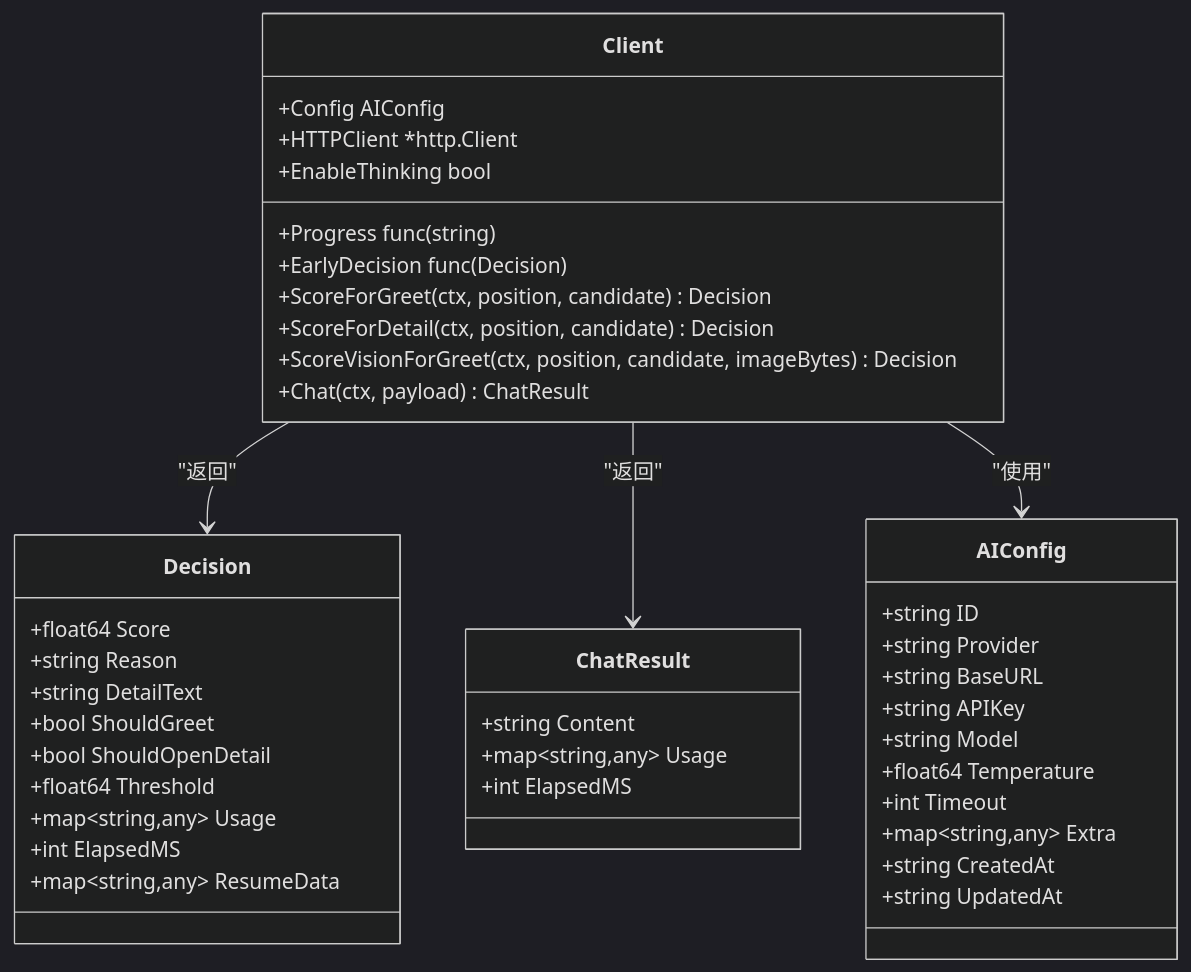
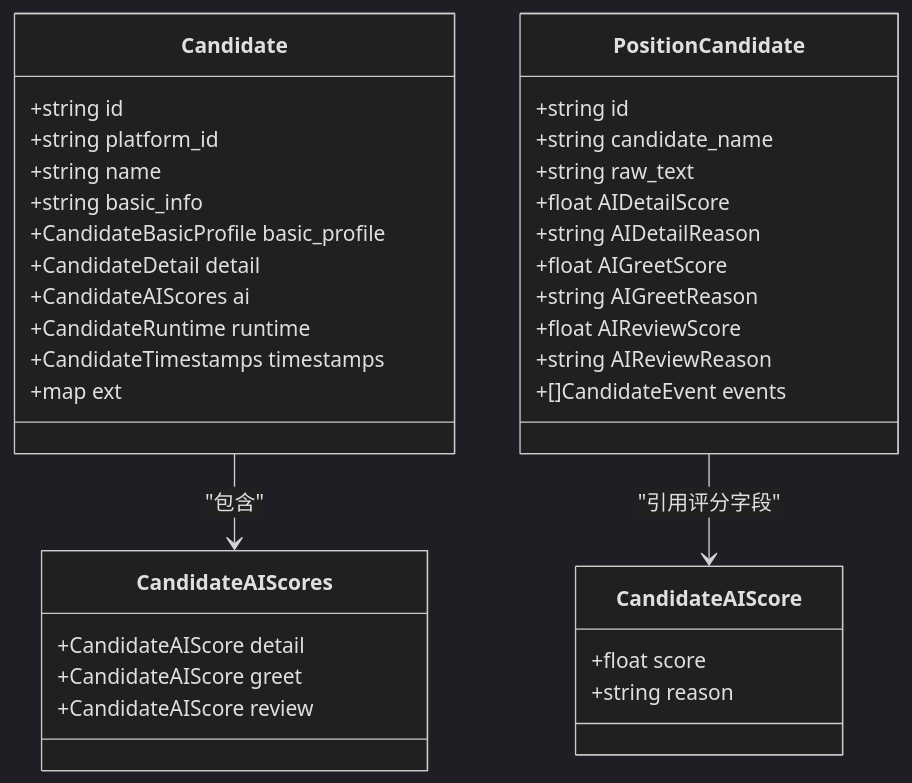
Before and after one commit to alvinwangzi/goodhr: the fourth of 7 diagrams in .qoder/repowiki/zh/content/云端后端服务/候选人处理系统/AI匹配评分/评分结果处理.md, drawn with Mermaid (dark theme). The commit also changed other lines of this file and 149 other files, not shown here.

````diff
--- a/.qoder/repowiki/zh/content/云端后端服务/候选人处理系统/AI匹配评分/评分结果处理.md
+++ b/.qoder/repowiki/zh/content/云端后端服务/候选人处理系统/AI匹配评分/评分结果处理.md
@@ -133,45 +185,38 @@
 ```mermaid
 classDiagram
-class Client {
-+Config AIConfig
-+HTTPClient *http.Client
-+Progress func(string)
-+EarlyDecision func(Decision)
-+EnableThinking bool
-+ScoreForGreet(ctx, position, candidate) Decision
-+ScoreForDetail(ctx, position, candidate) Decision
-+ScoreVisionForGreet(ctx, position, candidate, imageBytes) Decision
-+Chat(ctx, payload) ChatResult
+class Candidate {
++string id
++string platform_id
++string name
++string basic_info
++CandidateBasicProfile basic_profile
++CandidateDetail detail
++CandidateAIScores ai
++CandidateRuntime runtime
++CandidateTimestamps timestamps
++map ext
 }
-class Decision {
-+float64 Score
-+string Reason
-+string DetailText
-+bool ShouldGreet
-+bool ShouldOpenDetail
-+float64 Threshold
-+map~string,any~ Usage
-+int ElapsedMS
-+map~string,any~ ResumeData
+class CandidateAIScores {
++CandidateAIScore detail
++CandidateAIScore greet
++CandidateAIScore review
 }
-class ChatResult {
-+string Content
-+map~string,any~ Usage
-+int ElapsedMS
+class CandidateAIScore {
++float score
++string reason
 }
-class AIConfig {
-+string ID
-+string Provider
-+string BaseURL
-+string APIKey
-+string Model
-+float64 Temperature
-+int Timeout
-+map~string,any~ Extra
-+string CreatedAt
-+string UpdatedAt
+class PositionCandidate {
++string id
++string candidate_name
++string raw_text
++float AIDetailScore
++string AIDetailReason
++float AIGreetScore
++string AIGreetReason
++float AIReviewScore
++string AIReviewReason
++[]CandidateEvent events
 }
-Client --> Decision : "返回"
-Client --> ChatResult : "返回"
-Client --> AIConfig : "使用"
+Candidate --> CandidateAIScores : "包含"
+PositionCandidate --> CandidateAIScore : "引用评分字段"
 ```
````
